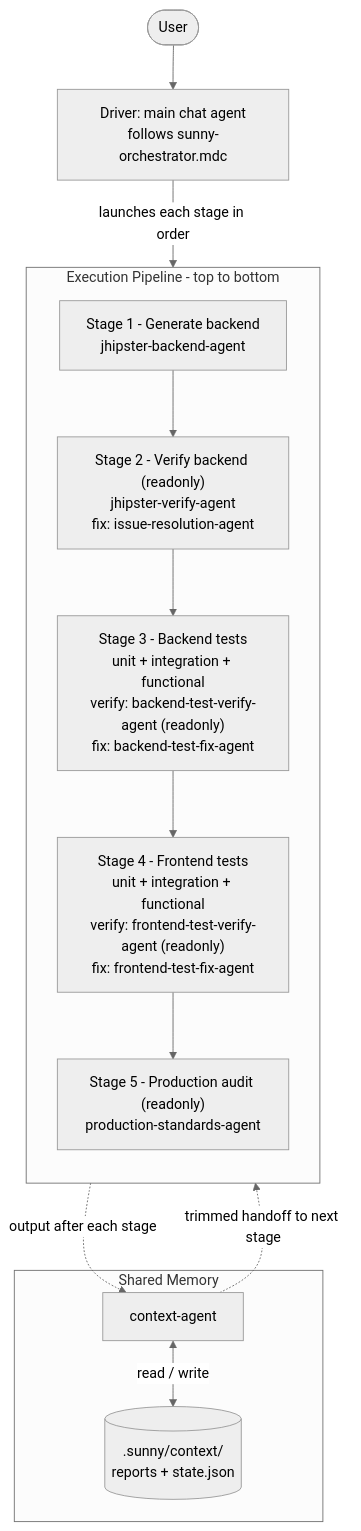
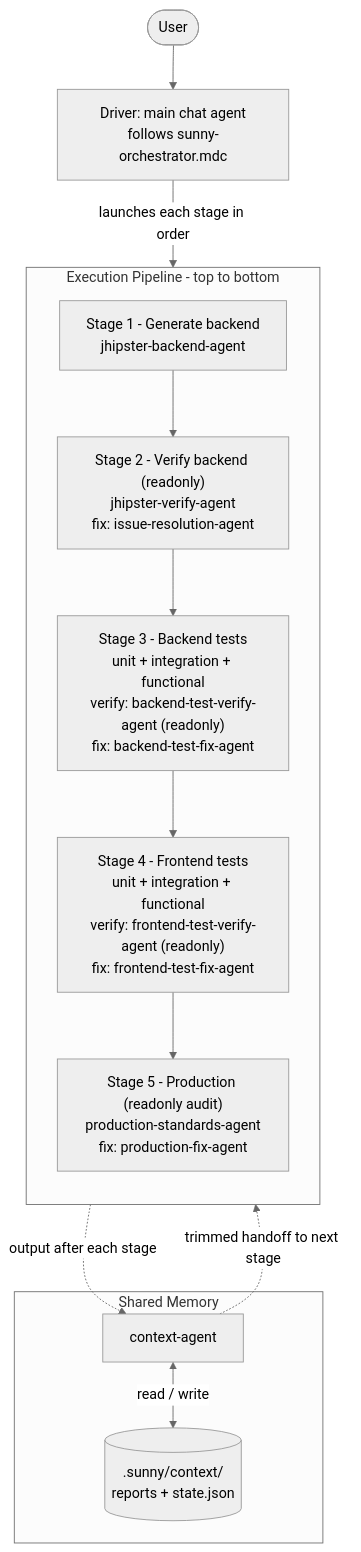
Before and after one commit to priyam-qo-box/agents: the first of 10 diagrams in .cursor/agents/ARCHITECTURE.md, drawn with Mermaid (neutral theme). The commit also changed other lines of this file and 7 other files, not shown here.

First line of the commit message:
Enhance documentation for production audit and remediation processes

````diff
--- a/.cursor/agents/ARCHITECTURE.md
+++ b/.cursor/agents/ARCHITECTURE.md
@@ -13,25 +13,25 @@
 ```mermaid
 flowchart TB
     User([User]) --> Driver["Driver: main chat agent<br/>follows sunny-orchestrator.mdc"]
 
     subgraph pipeline [Execution Pipeline - top to bottom]
         direction TB
         S1["Stage 1 - Generate backend<br/>jhipster-backend-agent"]
         S2["Stage 2 - Verify backend (readonly)<br/>jhipster-verify-agent<br/>fix: issue-resolution-agent"]
         S3["Stage 3 - Backend tests<br/>unit + integration + functional<br/>verify: backend-test-verify-agent (readonly)<br/>fix: backend-test-fix-agent"]
         S4["Stage 4 - Frontend tests<br/>unit + integration + functional<br/>verify: frontend-test-verify-agent (readonly)<br/>fix: frontend-test-fix-agent"]
-        S5["Stage 5 - Production audit (readonly)<br/>production-standards-agent"]
+        S5["Stage 5 - Production (readonly audit)<br/>production-standards-agent<br/>fix: production-fix-agent"]
         S1 --> S2 --> S3 --> S4 --> S5
     end
 
     Driver -->|launches each stage in order| pipeline
 
     subgraph memory [Shared Memory]
         Ctx["context-agent"]
         Store[(".sunny/context/<br/>reports + state.json")]
         Ctx <-->|read / write| Store
     end
 
     pipeline -.output after each stage.-> Ctx
     Ctx -.trimmed handoff to next stage.-> pipeline
 ```
````
